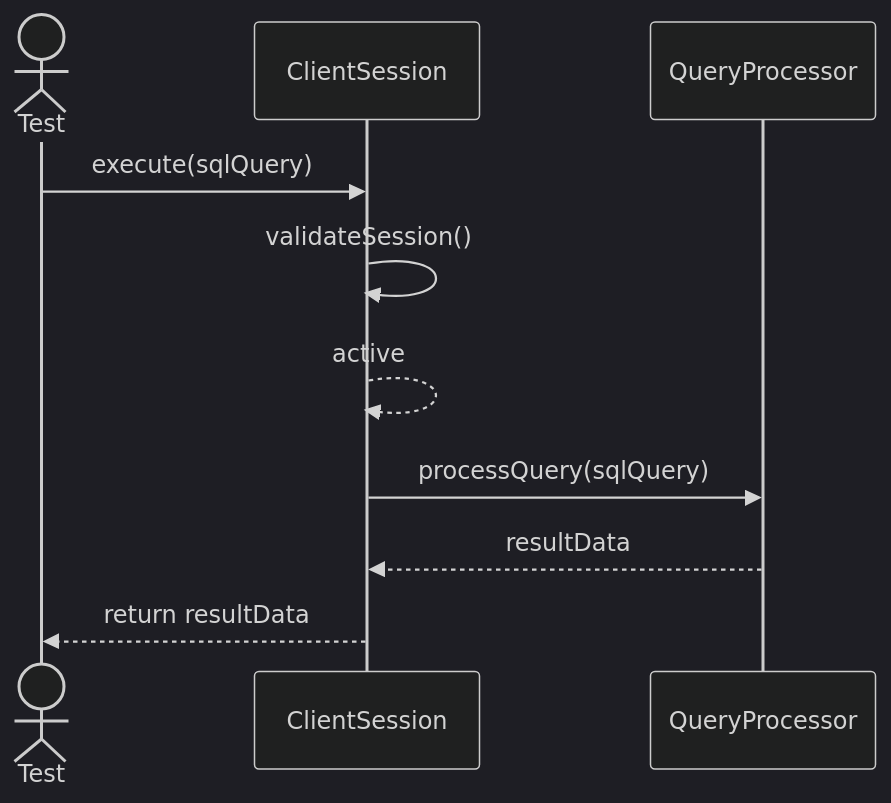
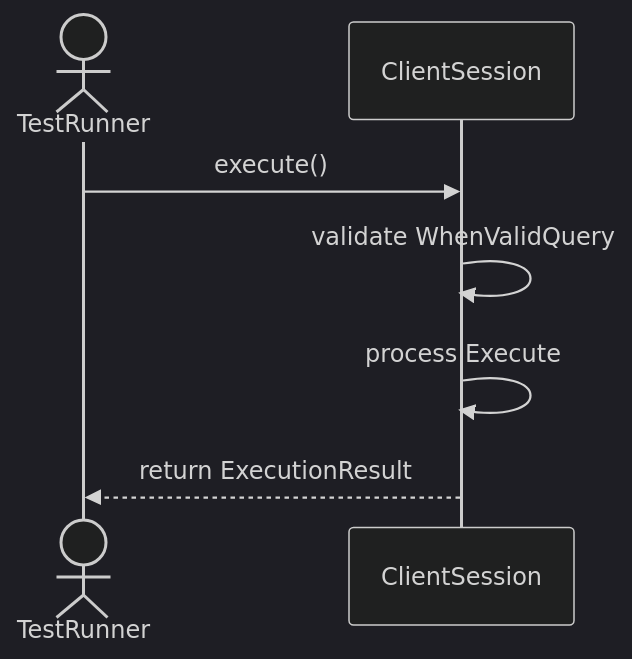
One commit to TamBui1706/DBMS changed the second of 9 diagrams in Sequences/Core/ClientSession.md. Above: the diagram before and after it, drawn with Mermaid (dark theme). The commit also changed other lines of this file and 63 other files, not shown here.

Commit message:
Draw sequence diagram for unit tests

````diff
--- a/Sequences/Core/ClientSession.md
+++ b/Sequences/Core/ClientSession.md
@@ -29,13 +33,9 @@
 ```mermaid
 sequenceDiagram
-    actor Test
+    actor TestRunner
     participant ClientSession
-    participant QueryProcessor
-
-    Test->>ClientSession: execute(sqlQuery)
-    ClientSession->>ClientSession: validateSession()
-    ClientSession-->>ClientSession: active
-    ClientSession->>QueryProcessor: processQuery(sqlQuery)
-    QueryProcessor-->>ClientSession: resultData
-    ClientSession-->>Test: return resultData
+    TestRunner->>ClientSession: execute()
+    ClientSession->>ClientSession: validate WhenValidQuery
+    ClientSession->>ClientSession: process Execute
+    ClientSession-->>TestRunner: return ExecutionResult
 ```
````
